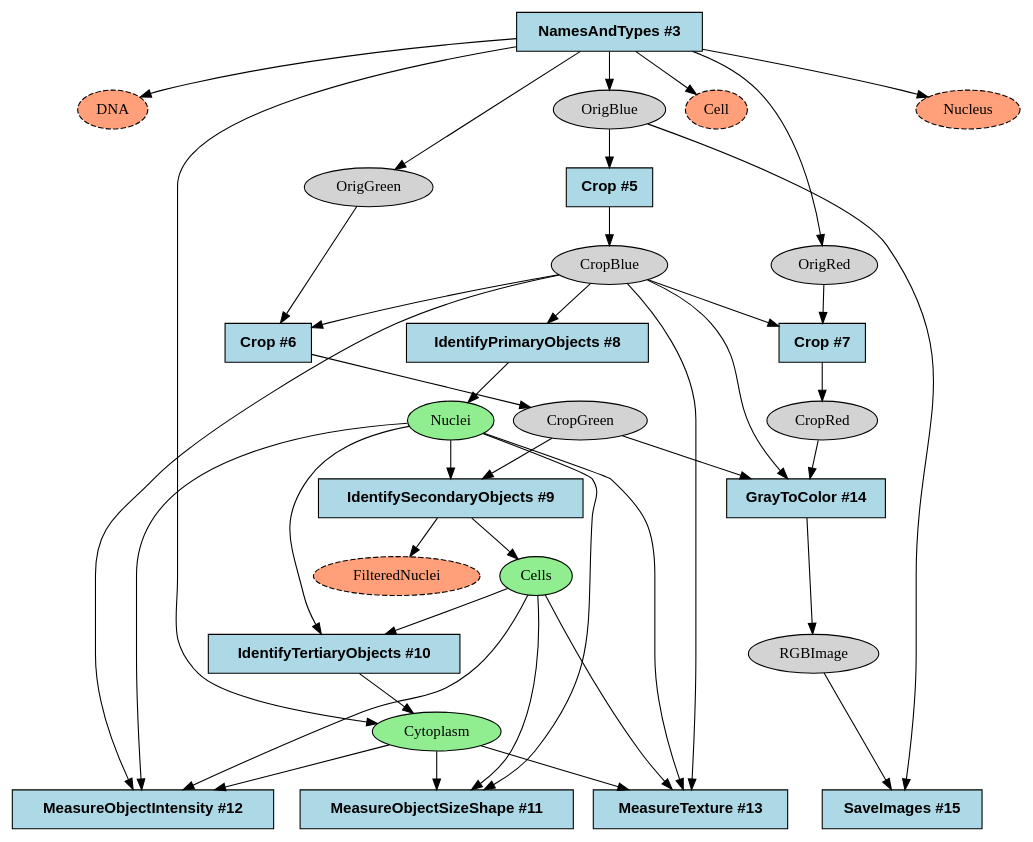
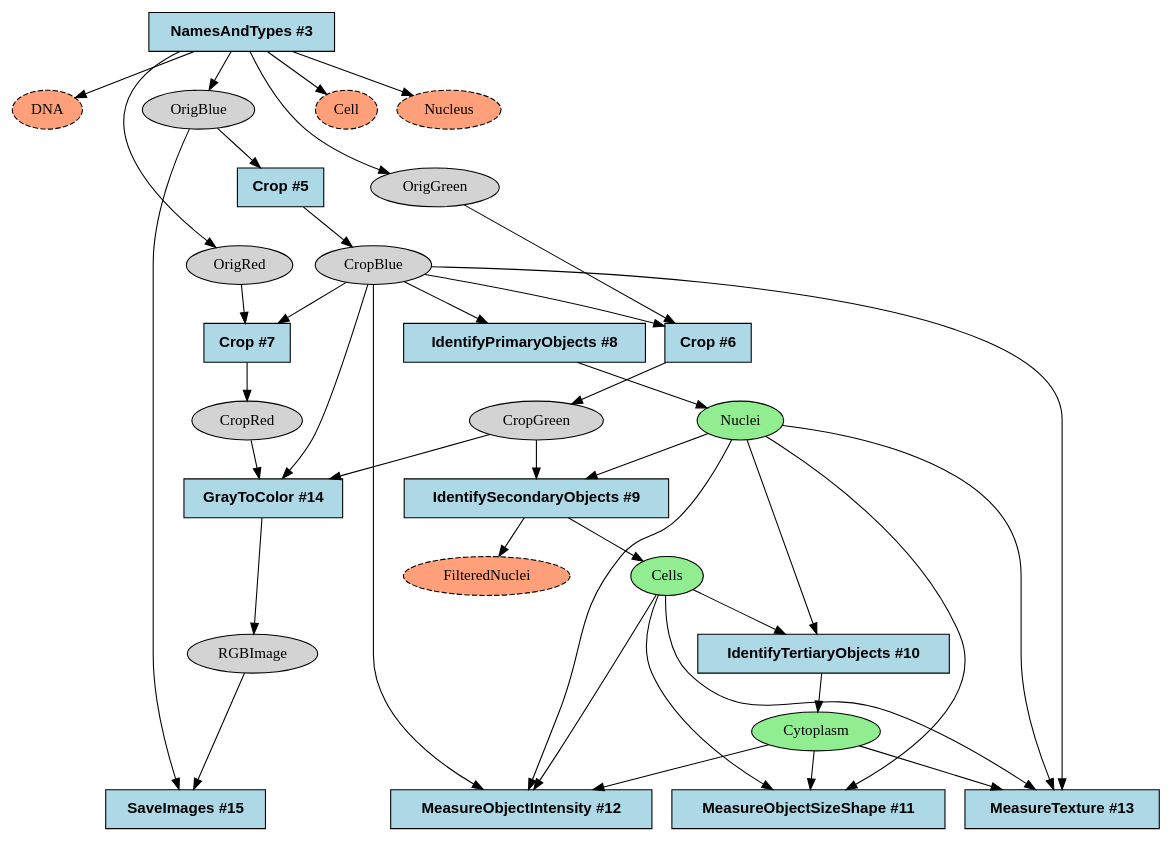
One commit to shntnu/cp_graph changed the diagram in examples/output/ExampleFly.dot. Above: the diagram before and after it, drawn with Graphviz. The commit also changed 2 other files, not shown here.

```diff
--- a/examples/output/ExampleFly.dot
+++ b/examples/output/ExampleFly.dot
@@ -1,71 +1,70 @@
 strict digraph {
 Crop_332d8a68 [type=module, label="Crop #7", module_name=Crop, module_num=7, original_num=7, stable_id="Crop_332d8a68", enabled=True, shape=box, style=filled, fontname="Helvetica-Bold", fillcolor=lightblue];
 Crop_3828b249 [type=module, label="Crop #5", module_name=Crop, module_num=5, original_num=5, stable_id="Crop_3828b249", enabled=True, shape=box, style=filled, fontname="Helvetica-Bold", fillcolor=lightblue];
 Crop_39198e21 [type=module, label="Crop #6", module_name=Crop, module_num=6, original_num=6, stable_id="Crop_39198e21", enabled=True, shape=box, style=filled, fontname="Helvetica-Bold", fillcolor=lightblue];
 GrayToColor_dc85e759 [type=module, label="GrayToColor #14", module_name=GrayToColor, module_num=14, original_num=14, stable_id="GrayToColor_dc85e759", enabled=True, shape=box, style=filled, fontname="Helvetica-Bold", fillcolor=lightblue];
 IdentifyPrimaryObjects_b59141d4 [type=module, label="IdentifyPrimaryObjects #8", module_name=IdentifyPrimaryObjects, module_num=8, original_num=8, stable_id="IdentifyPrimaryObjects_b59141d4", enabled=True, shape=box, style=filled, fontname="Helvetica-Bold", fillcolor=lightblue];
 IdentifySecondaryObjects_617cabe9 [type=module, label="IdentifySecondaryObjects #9", module_name=IdentifySecondaryObjects, module_num=9, original_num=9, stable_id="IdentifySecondaryObjects_617cabe9", enabled=True, shape=box, style=filled, fontname="Helvetica-Bold", fillcolor=lightblue];
 IdentifyTertiaryObjects_ac7b69a9 [type=module, label="IdentifyTertiaryObjects #10", module_name=IdentifyTertiaryObjects, module_num=10, original_num=10, stable_id="IdentifyTertiaryObjects_ac7b69a9", enabled=True, shape=box, style=filled, fontname="Helvetica-Bold", fillcolor=lightblue];
 MeasureObjectIntensity_493d53fb [type=module, label="MeasureObjectIntensity #12", module_name=MeasureObjectIntensity, module_num=12, original_num=12, stable_id="MeasureObjectIntensity_493d53fb", enabled=True, shape=box, style=filled, fontname="Helvetica-Bold", fillcolor=lightblue];
 MeasureObjectSizeShape_33e152a1 [type=module, label="MeasureObjectSizeShape #11", module_name=MeasureObjectSizeShape, module_num=11, original_num=11, stable_id="MeasureObjectSizeShape_33e152a1", enabled=True, shape=box, style=filled, fontname="Helvetica-Bold", fillcolor=lightblue];
 MeasureTexture_493d53fb [type=module, label="MeasureTexture #13", module_name=MeasureTexture, module_num=13, original_num=13, stable_id="MeasureTexture_493d53fb", enabled=True, shape=box, style=filled, fontname="Helvetica-Bold", fillcolor=lightblue];
 NamesAndTypes_a64add3 [type=module, label="NamesAndTypes #3", module_name=NamesAndTypes, module_num=3, original_num=3, stable_id="NamesAndTypes_a64add3", enabled=True, shape=box, style=filled, fontname="Helvetica-Bold", fillcolor=lightblue];
 SaveImages_c2b508af [type=module, label="SaveImages #15", module_name=SaveImages, module_num=15, original_num=15, stable_id="SaveImages_c2b508af", enabled=True, shape=box, style=filled, fontname="Helvetica-Bold", fillcolor=lightblue];
 image__CropBlue [type=image, label=CropBlue, shape=ellipse, style=filled, fillcolor=lightgray];
 image__CropGreen [type=image, label=CropGreen, shape=ellipse, style=filled, fillcolor=lightgray];
 image__CropRed [type=image, label=CropRed, shape=ellipse, style=filled, fillcolor=lightgray];
 image__DNA [type=image, label=DNA, filtered=True, shape=ellipse, style="filled,dashed", fillcolor=lightsalmon];
 image__OrigBlue [type=image, label=OrigBlue, shape=ellipse, style=filled, fillcolor=lightgray];
 image__OrigGreen [type=image, label=OrigGreen, shape=ellipse, style=filled, fillcolor=lightgray];
 image__OrigRed [type=image, label=OrigRed, shape=ellipse, style=filled, fillcolor=lightgray];
 image__RGBImage [type=image, label=RGBImage, shape=ellipse, style=filled, fillcolor=lightgray];
 object__Cell [type=object, label=Cell, filtered=True, shape=ellipse, style="filled,dashed", fillcolor=lightsalmon];
 object__Cells [type=object, label=Cells, shape=ellipse, style=filled, fillcolor=lightgreen];
 object__Cytoplasm [type=object, label=Cytoplasm, shape=ellipse, style=filled, fillcolor=lightgreen];
 object__FilteredNuclei [type=object, label=FilteredNuclei, filtered=True, shape=ellipse, style="filled,dashed", fillcolor=lightsalmon];
 object__Nuclei [type=object, label=Nuclei, shape=ellipse, style=filled, fillcolor=lightgreen];
 object__Nucleus [type=object, label=Nucleus, filtered=True, shape=ellipse, style="filled,dashed", fillcolor=lightsalmon];
 Crop_332d8a68 -> image__CropRed [type="image_output"];
 Crop_3828b249 -> image__CropBlue [type="image_output"];
 Crop_39198e21 -> image__CropGreen [type="image_output"];
 GrayToColor_dc85e759 -> image__RGBImage [type="image_output"];
 IdentifyPrimaryObjects_b59141d4 -> object__Nuclei [type="object_output"];
 IdentifySecondaryObjects_617cabe9 -> object__Cells [type="object_output"];
 IdentifySecondaryObjects_617cabe9 -> object__FilteredNuclei [type="object_output"];
 IdentifyTertiaryObjects_ac7b69a9 -> object__Cytoplasm [type="object_output"];
 NamesAndTypes_a64add3 -> image__DNA [type="image_output"];
 NamesAndTypes_a64add3 -> image__OrigBlue [type="image_output"];
 NamesAndTypes_a64add3 -> image__OrigGreen [type="image_output"];
 NamesAndTypes_a64add3 -> image__OrigRed [type="image_output"];
 NamesAndTypes_a64add3 -> object__Cell [type="object_output"];
-NamesAndTypes_a64add3 -> object__Cytoplasm [type="object_output"];
 NamesAndTypes_a64add3 -> object__Nucleus [type="object_output"];
 image__CropBlue -> Crop_332d8a68 [type="image_input"];
 image__CropBlue -> Crop_39198e21 [type="image_input"];
 image__CropBlue -> GrayToColor_dc85e759 [type="image_input"];
 image__CropBlue -> IdentifyPrimaryObjects_b59141d4 [type="image_input"];
 image__CropBlue -> MeasureObjectIntensity_493d53fb [type="image_list_input"];
 image__CropBlue -> MeasureTexture_493d53fb [type="image_list_input"];
 image__CropGreen -> GrayToColor_dc85e759 [type="image_input"];
 image__CropGreen -> IdentifySecondaryObjects_617cabe9 [type="image_input"];
 image__CropRed -> GrayToColor_dc85e759 [type="image_input"];
 image__OrigBlue -> Crop_3828b249 [type="image_input"];
 image__OrigBlue -> SaveImages_c2b508af [type="image_input"];
 image__OrigGreen -> Crop_39198e21 [type="image_input"];
 image__OrigRed -> Crop_332d8a68 [type="image_input"];
 image__RGBImage -> SaveImages_c2b508af [type="image_input"];
 object__Cells -> IdentifyTertiaryObjects_ac7b69a9 [type="object_input"];
 object__Cells -> MeasureObjectIntensity_493d53fb [type="object_list_input"];
 object__Cells -> MeasureObjectSizeShape_33e152a1 [type="object_list_input"];
 object__Cells -> MeasureTexture_493d53fb [type="object_list_input"];
 object__Cytoplasm -> MeasureObjectIntensity_493d53fb [type="object_list_input"];
 object__Cytoplasm -> MeasureObjectSizeShape_33e152a1 [type="object_list_input"];
 object__Cytoplasm -> MeasureTexture_493d53fb [type="object_list_input"];
 object__Nuclei -> IdentifySecondaryObjects_617cabe9 [type="object_input"];
 object__Nuclei -> IdentifyTertiaryObjects_ac7b69a9 [type="object_input"];
 object__Nuclei -> MeasureObjectIntensity_493d53fb [type="object_list_input"];
 object__Nuclei -> MeasureObjectSizeShape_33e152a1 [type="object_list_input"];
 object__Nuclei -> MeasureTexture_493d53fb [type="object_list_input"];
 
   {rank = max; MeasureObjectSizeShape_33e152a1; MeasureObjectIntensity_493d53fb; MeasureTexture_493d53fb; SaveImages_c2b508af;}
 }
```
